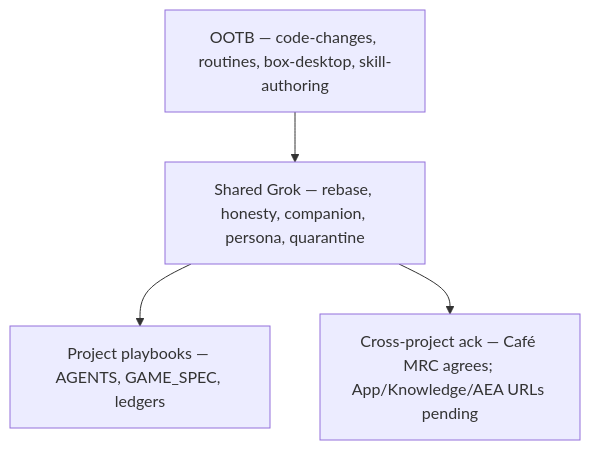
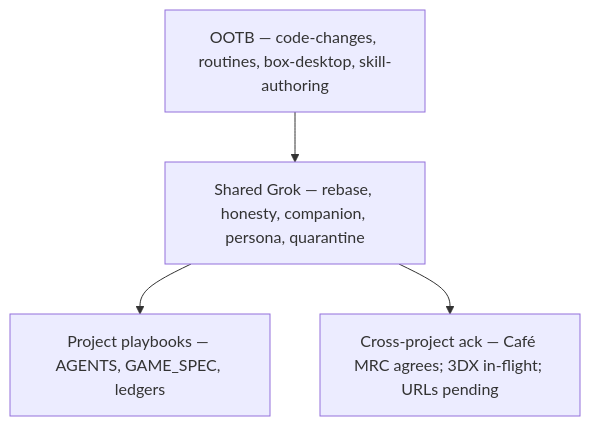
One commit to artofdream/zorg-dungeon changed the diagram in docs/SKILL_MATRIX.md. Above: the diagram before and after it, drawn with Mermaid. The commit also changed other lines of this file and 3 other files, not shown here.

````diff
--- a/docs/SKILL_MATRIX.md
+++ b/docs/SKILL_MATRIX.md
@@ -20,10 +20,10 @@
 ```mermaid
 flowchart TB
   ootb["OOTB — code-changes, routines, box-desktop, skill-authoring"]
   shared["Shared Grok — rebase, honesty, companion, persona, quarantine"]
   playbooks["Project playbooks — AGENTS, GAME_SPEC, ledgers"]
-  fit["Cross-project ack — Café MRC agrees; App/Knowledge/AEA URLs pending"]
+  fit["Cross-project ack — Café MRC agrees; 3DX in-flight; URLs pending"]
   ootb --> shared
   shared --> playbooks
   shared --> fit
 ```
````
